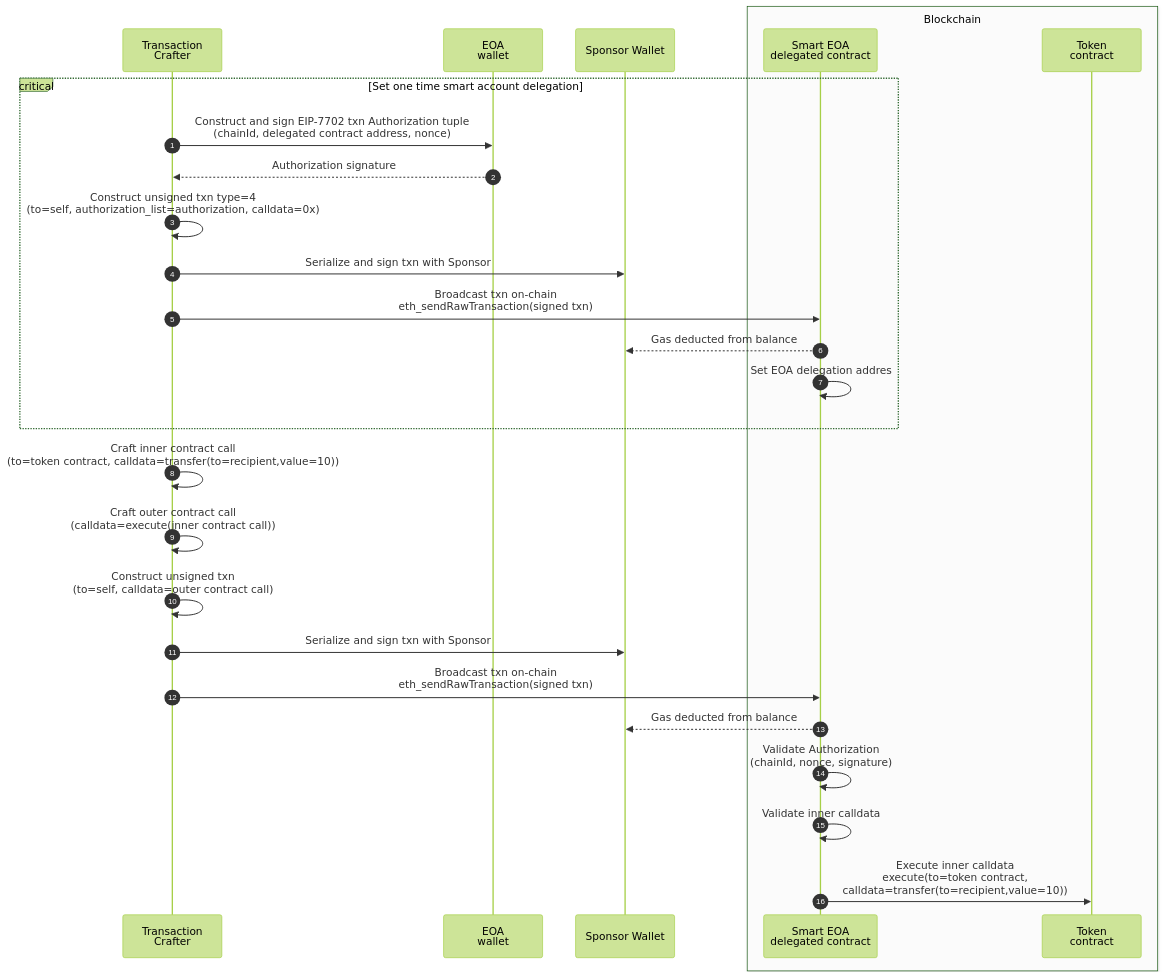
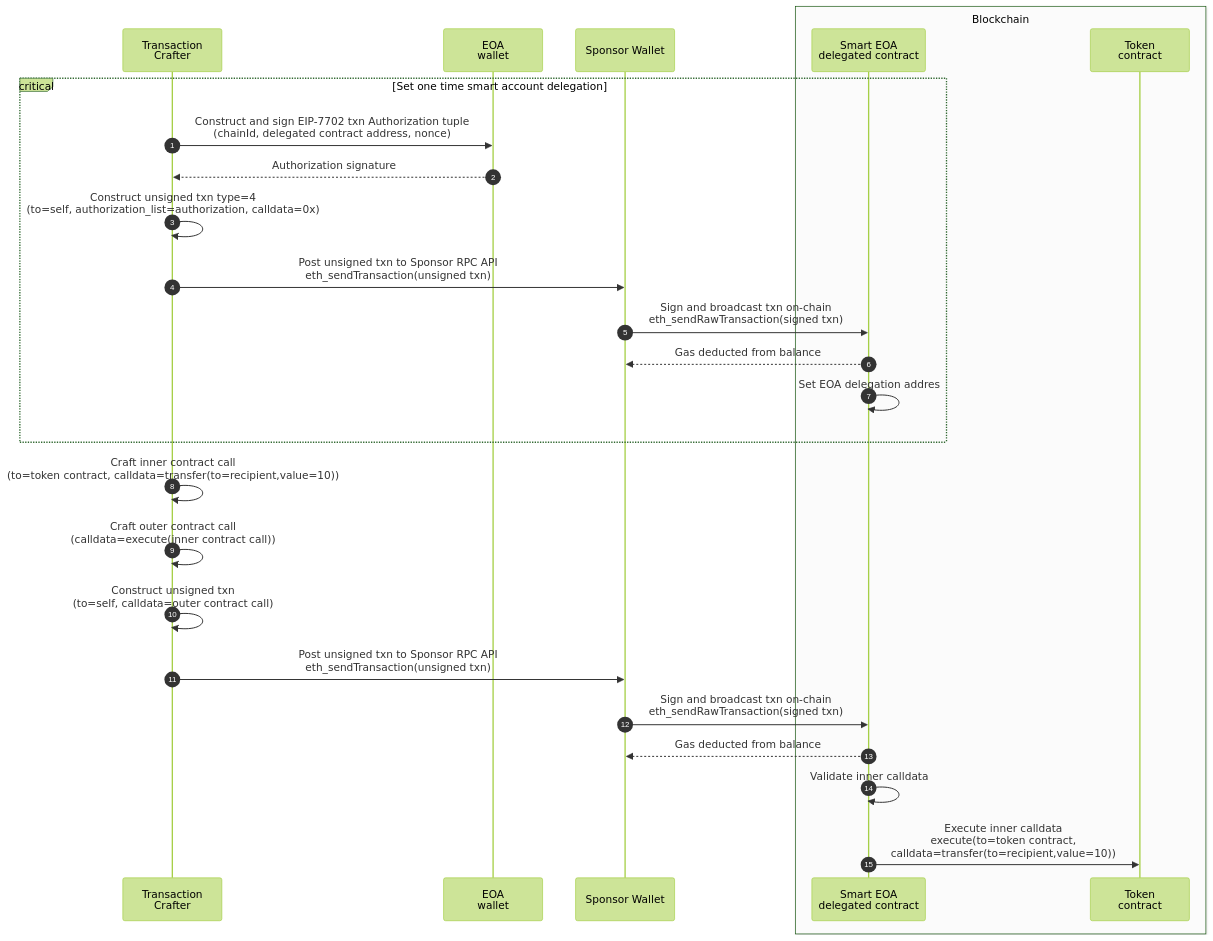
The diagram in README.md (thaichain/prototype-eip7702-gas-sponsorship), drawn with Mermaid (forest theme) before and after one commit. The commit also changed other lines of this file and 18 other files, not shown here.

````diff
--- a/README.md
+++ b/README.md
@@ -7,35 +7,31 @@
 ```mermaid
 sequenceDiagram
     autonumber
     participant TransactionManager as Transaction<br>Crafter
     participant EOA as EOA<br>wallet
     participant Sponsor as Sponsor Wallet
     box rgb(251,251,251) Blockchain
         participant ContractAddress as Smart EOA<br>delegated contract
         participant Token as Token<br>contract
     end
 
     critical Set one time smart account delegation
         TransactionManager->>EOA: Construct and sign EIP-7702 txn Authorization tuple<br>(chainId, delegated contract address, nonce)
         EOA-->>TransactionManager: Authorization signature
         TransactionManager->>TransactionManager: Construct unsigned txn type=4<br>(to=self, authorization_list=authorization, calldata=0x)
-        TransactionManager->>Sponsor: Serialize and sign txn with Sponsor
-        TransactionManager->>ContractAddress: Broadcast txn on-chain<br>eth_sendRawTransaction(signed txn)
+        TransactionManager->>Sponsor: Post unsigned txn to Sponsor RPC API<br>eth_sendTransaction(unsigned txn)
+        Sponsor->>ContractAddress: Sign and broadcast txn on-chain<br>eth_sendRawTransaction(signed txn)
         ContractAddress-->>Sponsor: Gas deducted from balance
         ContractAddress->>ContractAddress: Set EOA delegation addres
     end
 
     TransactionManager->>TransactionManager: Craft inner contract call<br>(to=token contract, calldata=transfer(to=recipient,value=10))
-
     TransactionManager->>TransactionManager: Craft outer contract call<br>(calldata=execute(inner contract call))
-
     TransactionManager->>TransactionManager: Construct unsigned txn<br>(to=self, calldata=outer contract call)
 
-    TransactionManager->>Sponsor: Serialize and sign txn with Sponsor
-
-    TransactionManager->>ContractAddress: Broadcast txn on-chain<br>eth_sendRawTransaction(signed txn)
+    TransactionManager->>Sponsor: Post unsigned txn to Sponsor RPC API<br>eth_sendTransaction(unsigned txn)
+    Sponsor->>ContractAddress: Sign and broadcast txn on-chain<br>eth_sendRawTransaction(signed txn)
     ContractAddress-->>Sponsor: Gas deducted from balance
-    ContractAddress->>ContractAddress: Validate Authorization<br>(chainId, nonce, signature)
     ContractAddress->>ContractAddress: Validate inner calldata
     ContractAddress->>Token: Execute inner calldata<br>execute(to=token contract,<br> calldata=transfer(to=recipient,value=10))
 ```
````
